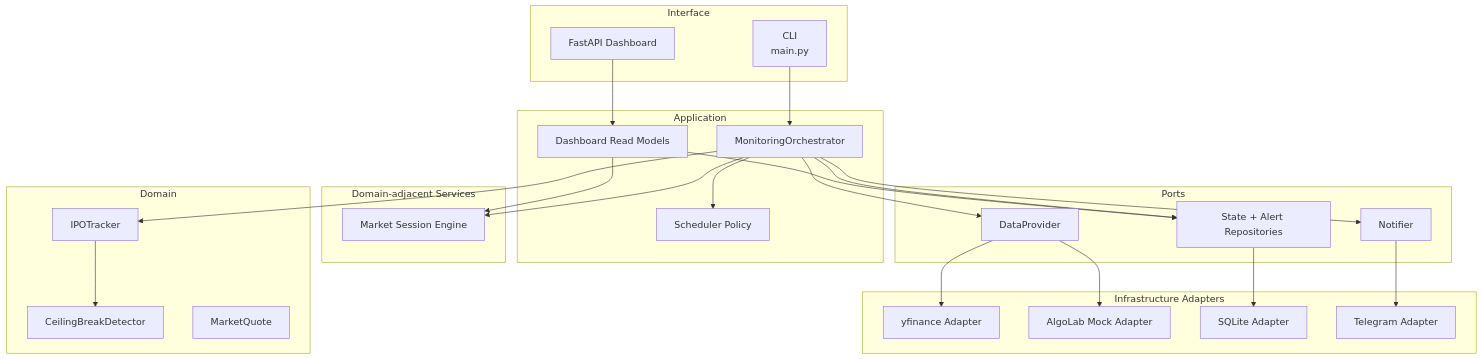
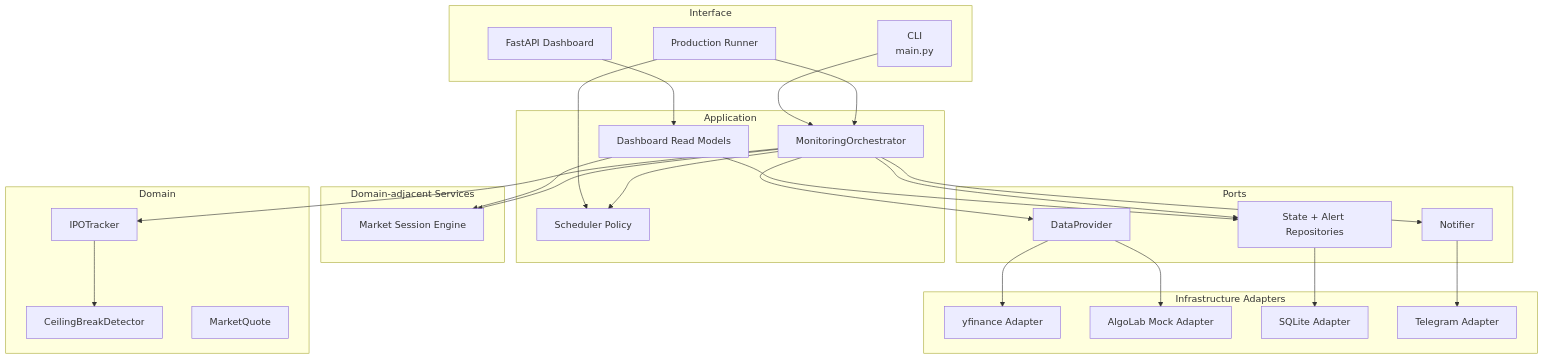
The diagram in docs/architecture.md (emreturgayie/bist-market-monitor), drawn with Mermaid before and after one commit. The commit also changed other lines of this file and 20 other files, not shown here.

Commit message:
feat: add production monitoring runner

````diff
--- a/docs/architecture.md
+++ b/docs/architecture.md
@@ -141,52 +142,55 @@
 ```mermaid
 flowchart TD
     subgraph Interface["Interface"]
         CLI["CLI<br/>main.py"]
+        Runner["Production Runner"]
         Dashboard["FastAPI Dashboard"]
     end
 
     subgraph Application["Application"]
         App["MonitoringOrchestrator"]
         ReadModels["Dashboard Read Models"]
         Scheduler["Scheduler Policy"]
     end
 
     subgraph Domain["Domain"]
         Tracker["IPOTracker"]
         Detector["CeilingBreakDetector"]
         Quote["MarketQuote"]
     end
 
     subgraph Services["Domain-adjacent Services"]
         Session["Market Session Engine"]
     end
 
     subgraph Ports["Ports"]
         DataPort["DataProvider"]
         RepoPort["State + Alert Repositories"]
         NotifyPort["Notifier"]
     end
 
     subgraph Adapters["Infrastructure Adapters"]
         YFinance["yfinance Adapter"]
         AlgoLabMock["AlgoLab Mock Adapter"]
         SQLite["SQLite Adapter"]
         Telegram["Telegram Adapter"]
     end
 
     CLI --> App
+    Runner --> App
+    Runner --> Scheduler
     Dashboard --> ReadModels
     App --> Tracker
     Tracker --> Detector
     ReadModels --> Session
     ReadModels --> RepoPort
     App --> Session
     App --> Scheduler
     App --> DataPort
     App --> RepoPort
     App --> NotifyPort
     DataPort --> YFinance
     RepoPort --> SQLite
     NotifyPort --> Telegram
     DataPort --> AlgoLabMock
 ```
````
